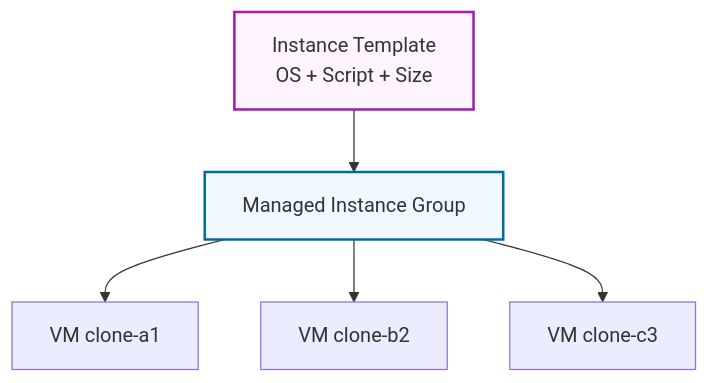
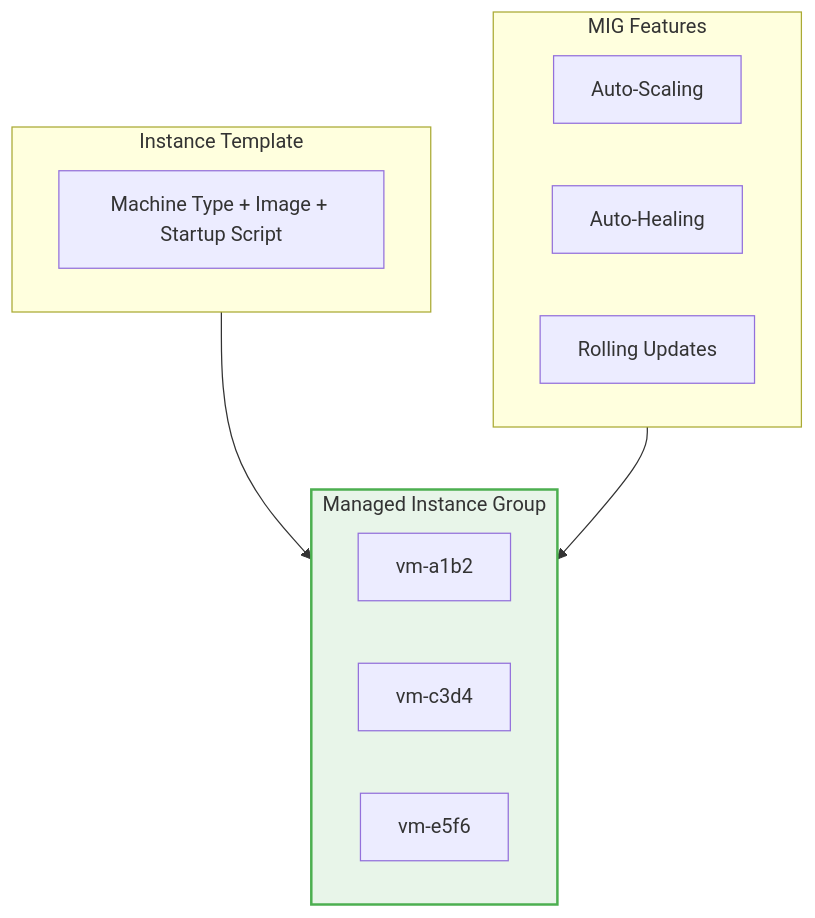
The first of 4 diagrams in curriculum/content/section_8_instance_groups.md (jyothivempa/gcp-study-plan), drawn with Mermaid before and after one commit. The commit also changed other lines of this file and 84 other files, not shown here.

````diff
--- a/curriculum/content/section_8_instance_groups.md
+++ b/curriculum/content/section_8_instance_groups.md
@@ -27,10 +44,23 @@
 ```mermaid
-graph TD
-    Template[Instance Template<br/>OS + Script + Size] --> MIG[Managed Instance Group]
-    MIG --> VM1[VM clone-a1]
-    MIG --> VM2[VM clone-b2]
-    MIG --> VM3[VM clone-c3]
+flowchart TD
+    subgraph Template["Instance Template"]
+        SPEC[Machine Type + Image + Startup Script]
+    end
     
-    style Template fill:#fdf4ff,stroke:#a21caf,stroke-width:2px
-    style MIG fill:#f0f9ff,stroke:#0369a1,stroke-width:2px
+    subgraph MIG["Managed Instance Group"]
+        VM1[vm-a1b2]
+        VM2[vm-c3d4]
+        VM3[vm-e5f6]
+    end
+    
+    subgraph Features["MIG Features"]
+        AS[Auto-Scaling]
+        AH[Auto-Healing]
+        RU[Rolling Updates]
+    end
+    
+    Template --> MIG
+    Features --> MIG
+    
+    style MIG fill:#e8f5e9,stroke:#4caf50,stroke-width:2px
 ```
````
